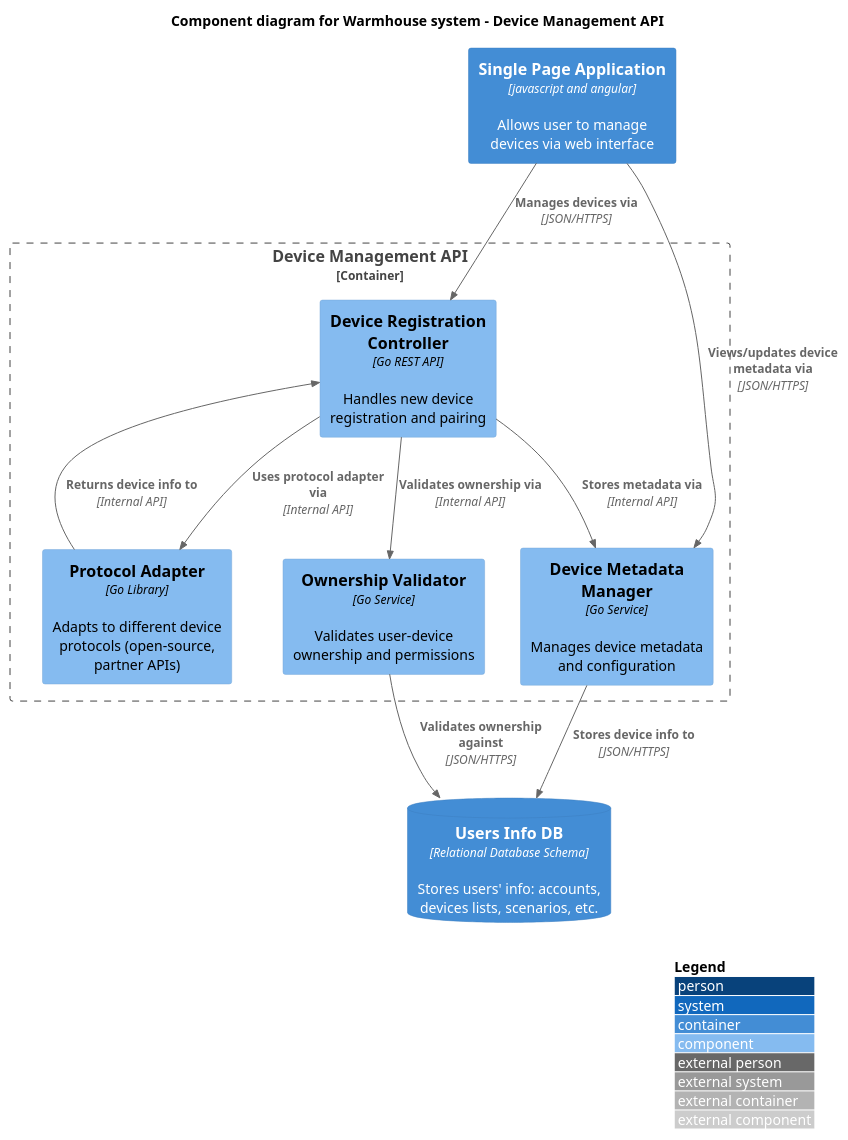
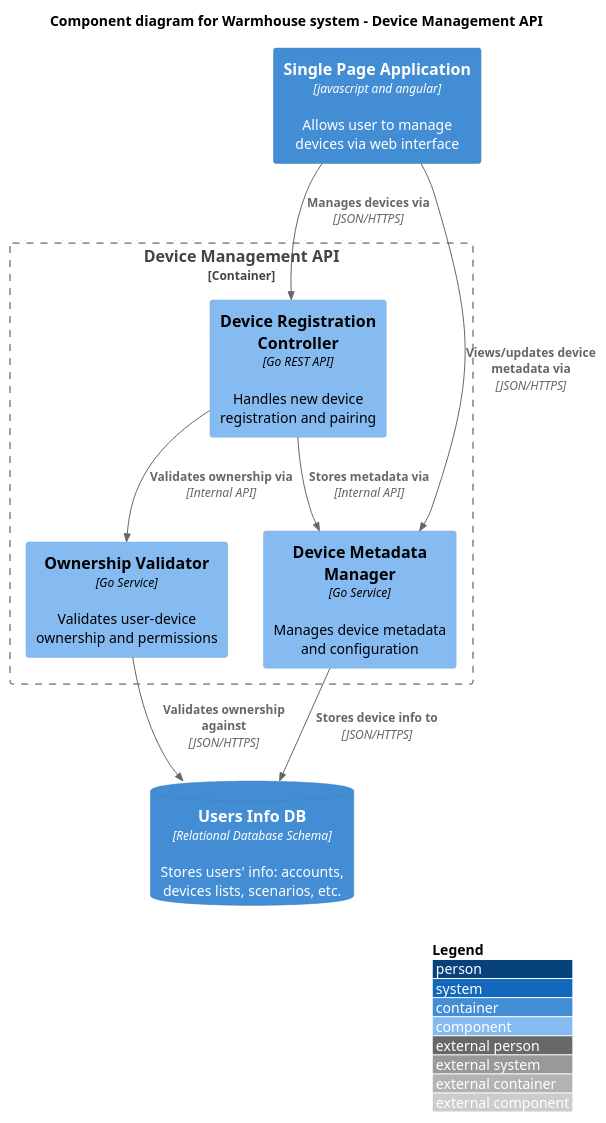
The diagram in diagrams/component/device_management_api.puml (regu1yar/p1-architecture-warmhouse), drawn with PlantUML before and after one commit. The commit also changed 7 other files, not shown here.

Commit message:
Refine component diagrams

```diff
--- a/diagrams/component/device_management_api.puml
+++ b/diagrams/component/device_management_api.puml
@@ -1,30 +1,27 @@
 @startuml
 ' !include https://raw.githubusercontent.com/plantuml-stdlib/C4-PlantUML/master/C4_Component.puml
 ' uncomment the following line and comment the first to use locally
 !include ./C4_Component.puml
 
 LAYOUT_WITH_LEGEND()
 
 title Component diagram for Warmhouse system - Device Management API
 
 Container(spa, "Single Page Application", "javascript and angular", "Allows user to manage devices via web interface")
 ContainerDb(users_info_db, "Users Info DB", "Relational Database Schema", "Stores users' info: accounts, devices lists, scenarios, etc.")
 
 Container_Boundary(device_management_api, "Device Management API") {
     Component(device_registration_controller, "Device Registration Controller", "Go REST API", "Handles new device registration and pairing")
     Component(device_metadata_manager, "Device Metadata Manager", "Go Service", "Manages device metadata and configuration")
-    Component(protocol_adapter, "Protocol Adapter", "Go Library", "Adapts to different device protocols (open-source, partner APIs)")
     Component(ownership_validator, "Ownership Validator", "Go Service", "Validates user-device ownership and permissions")
 
     Rel(device_registration_controller, ownership_validator, "Validates ownership via", "Internal API")
-    Rel(device_registration_controller, protocol_adapter, "Uses protocol adapter via", "Internal API")
     Rel(device_registration_controller, device_metadata_manager, "Stores metadata via", "Internal API")
     Rel(device_metadata_manager, users_info_db, "Stores device info to", "JSON/HTTPS")
     Rel(ownership_validator, users_info_db, "Validates ownership against", "JSON/HTTPS")
-    Rel(protocol_adapter, device_registration_controller, "Returns device info to", "Internal API")
 }
 
 Rel(spa, device_registration_controller, "Manages devices via", "JSON/HTTPS")
 Rel(spa, device_metadata_manager, "Views/updates device metadata via", "JSON/HTTPS")
 
 @enduml
```
